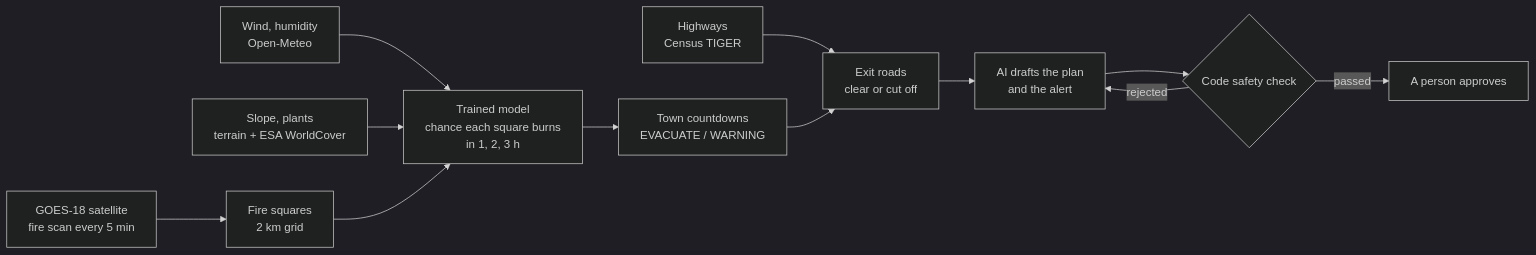
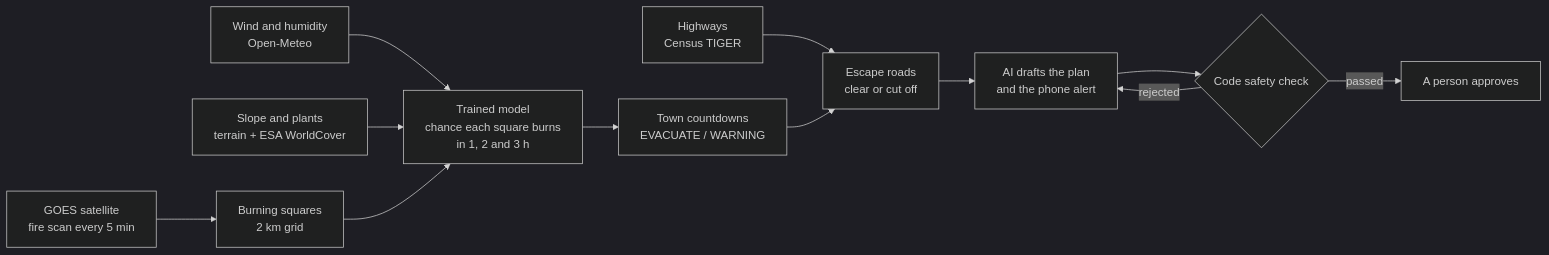
One commit to Ap9091/emberline changed the diagram in README.md. Above: the diagram before and after it, drawn with Mermaid (dark theme). The commit also changed other lines of this file, not shown here.

````diff
--- a/README.md
+++ b/README.md
@@ -40,14 +46,14 @@
 ```mermaid
 flowchart LR
-  A[GOES-18 satellite<br/>fire scan every 5 min] --> B[Fire squares<br/>2 km grid]
-  W[Wind, humidity<br/>Open-Meteo] --> M
-  T[Slope, plants<br/>terrain + ESA WorldCover] --> M
-  B --> M[Trained model<br/>chance each square burns<br/>in 1, 2, 3 h]
+  A[GOES satellite<br/>fire scan every 5 min] --> B[Burning squares<br/>2 km grid]
+  W[Wind and humidity<br/>Open-Meteo] --> M
+  T[Slope and plants<br/>terrain + ESA WorldCover] --> M
+  B --> M[Trained model<br/>chance each square burns<br/>in 1, 2 and 3 h]
   M --> C[Town countdowns<br/>EVACUATE / WARNING]
   R[Highways<br/>Census TIGER] --> X
-  C --> X[Exit roads<br/>clear or cut off]
-  X --> AI[AI drafts the plan<br/>and the alert]
+  C --> X[Escape roads<br/>clear or cut off]
+  X --> AI[AI drafts the plan<br/>and the phone alert]
   AI --> K{Code safety check}
   K -- rejected --> AI
   K -- passed --> H[A person approves]
 ```
````
